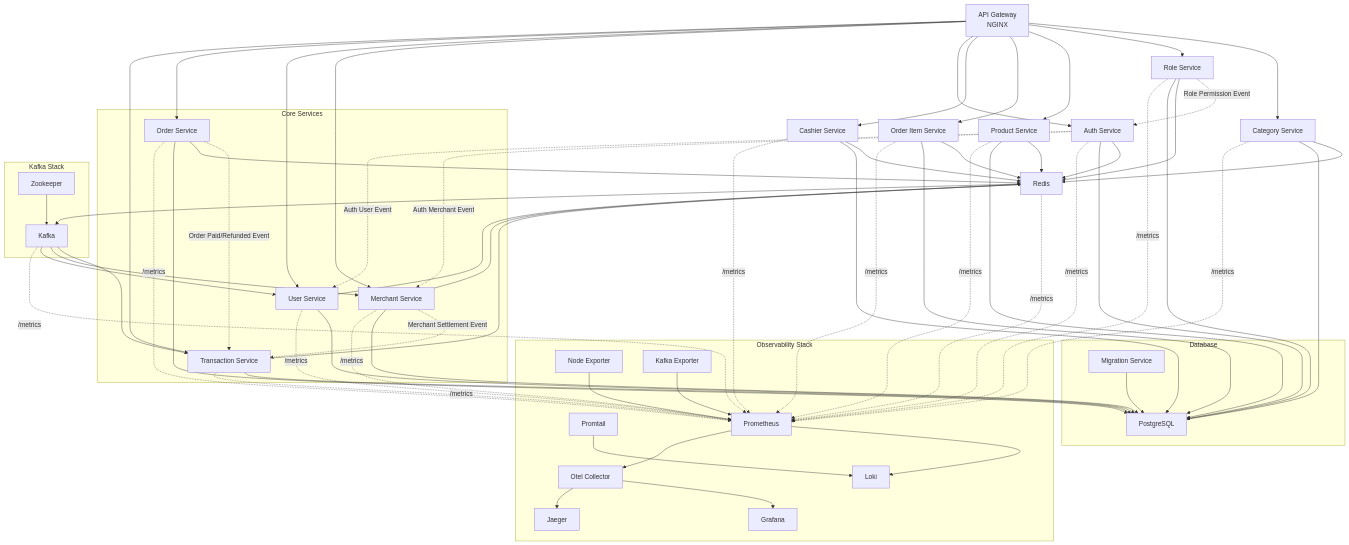
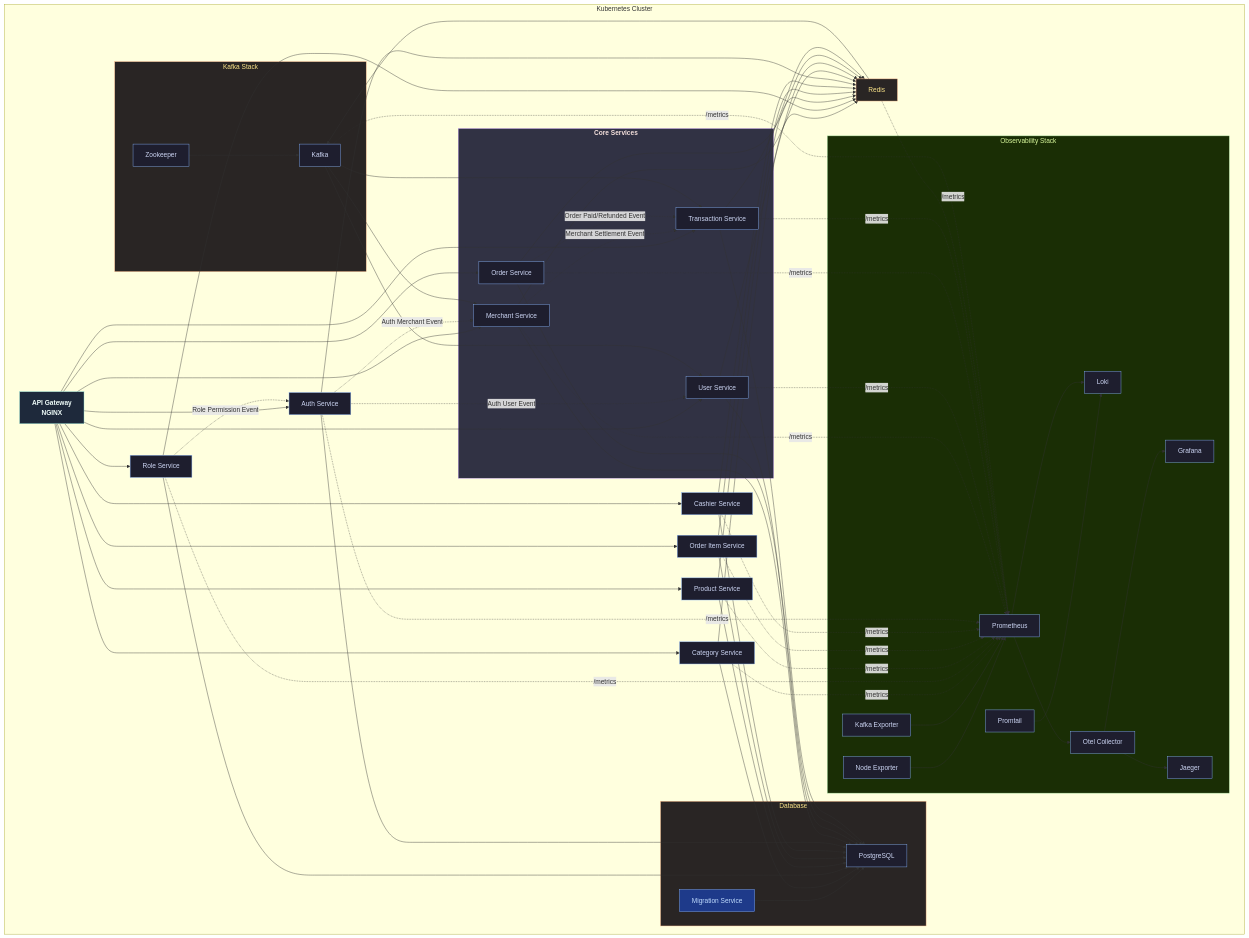
Before and after one commit to MamangRust/monolith-pointofsale-grpc: the second of 2 diagrams in README.md, drawn with Mermaid. The commit also changed other lines of this file, not shown here.

````diff
--- a/README.md
+++ b/README.md
@@ -244,61 +336,69 @@
 ```mermaid
 flowchart TD
-    %% API Gateway
-    NGINX["API Gateway<br/>NGINX"]
+    %% ======================
+    %% Kubernetes Cluster
+    %% ======================
+    subgraph K8s["Kubernetes Cluster"]
 
-    %% POS Domain Services
-    CategoryService["Category Service"]
-    RoleService["Role Service"]
-    ProductService["Product Service"]
-    OrderItemService["Order Item Service"]
-    CashierService["Cashier Service"]
-    AuthService["Auth Service"]
+        %% API Gateway
+        NGINX["API Gateway<br/>NGINX"]
 
-    %% Core Services
-    subgraph Core_Services["Core Services"]
-        MerchantService["Merchant Service"]
-        UserService["User Service"]
-        OrderService["Order Service"]
-        TransactionService["Transaction Service"]
+        %% POS Domain Services
+        CategoryService["Category Service"]
+        RoleService["Role Service"]
+        ProductService["Product Service"]
+        OrderItemService["Order Item Service"]
+        CashierService["Cashier Service"]
+        AuthService["Auth Service"]
+
+        %% Core Services
+        subgraph Core_Services["Core Services"]
+            MerchantService["Merchant Service"]
+            UserService["User Service"]
+            OrderService["Order Service"]
+            TransactionService["Transaction Service"]
+        end
+
+        %% Infra - Database
+        subgraph Database["Database"]
+            MigrationService["Migration Service"]
+            PostgreSQL["PostgreSQL"]
+            MigrationService --> PostgreSQL
+        end
+
+        %% Infra - Cache & Queue
+        Redis["Redis"]
+
+        subgraph KafkaStack["Kafka Stack"]
+            Kafka["Kafka"]
+            Zookeeper["Zookeeper"]
+            Zookeeper --> Kafka
+        end
+
+        %% Observability
+        subgraph Observability["Observability Stack"]
+            Promtail["Promtail"]
+            NodeExporter["Node Exporter"]
+            KafkaExporter["Kafka Exporter"]
+            Loki["Loki"]
+            Prometheus["Prometheus"]
+            OtelCollector["Otel Collector"]
+            Grafana["Grafana"]
+            Jaeger["Jaeger"]
+
+            Promtail --> Loki
+            NodeExporter --> Prometheus
+            KafkaExporter --> Prometheus
+            Prometheus --> Loki
+            Prometheus --> OtelCollector
+            OtelCollector --> Grafana
+            OtelCollector --> Jaeger
+        end
     end
 
-    %% Infra - Database
-    subgraph Database["Database"]
-        MigrationService["Migration Service"]
-        PostgreSQL["PostgreSQL"]
-        MigrationService --> PostgreSQL
-    end
-
-    %% Infra - Cache & Queue
-    Redis["Redis"]
-
-    subgraph KafkaStack["Kafka Stack"]
-        Kafka["Kafka"]
-        Zookeeper["Zookeeper"]
-        Zookeeper --> Kafka
-    end
-
-    %% Observability
-    subgraph Observability["Observability Stack"]
-        Promtail["Promtail"]
-        NodeExporter["Node Exporter"]
-        KafkaExporter["Kafka Exporter"]
-        Loki["Loki"]
-        Prometheus["Prometheus"]
-        OtelCollector["Otel Collector"]
-        Grafana["Grafana"]
-        Jaeger["Jaeger"]
-
-        Promtail --> Loki
-        NodeExporter --> Prometheus
-        KafkaExporter --> Prometheus
-        Prometheus --> Loki
-        Prometheus --> OtelCollector
-        OtelCollector --> Grafana
-        OtelCollector --> Jaeger
-    end
-
+    %% ======================
     %% HTTP/API Gateway Connections
+    %% ======================
     NGINX --> CategoryService
     NGINX --> RoleService
     NGINX --> ProductService
@@ -360,4 +460,22 @@
     TransactionService -.->|/metrics| Prometheus
     Redis -.->|/metrics| Prometheus
     Kafka -.->|/metrics| Prometheus
+
+    %% ======================
+    %% Class Definitions
+    %% ======================
+    classDef default fill:#1e1e2e,stroke:#89b4fa,color:#cdd6f4,stroke-width:1px;
+    classDef core fill:#313244,stroke:#cba6f7,color:#f5e0dc,font-weight:bold;
+    classDef infra fill:#292524,stroke:#fab387,color:#fde68a;
+    classDef obs fill:#1a2e05,stroke:#a6e3a1,color:#d9f99d;
+    classDef misc fill:#1e3a8a,stroke:#89b4fa,color:#bfdbfe;
+    classDef gateway fill:#1e293b,stroke:#94e2d5,color:#f0fdfa,font-weight:bold;
+
+    %% Assign Classes
+    class NGINX gateway;
+    class Core_Services core;
+    class Database infra;
+    class Redis,KafkaStack infra;
+    class Observability obs;
+    class MigrationService misc;
 ```
````
